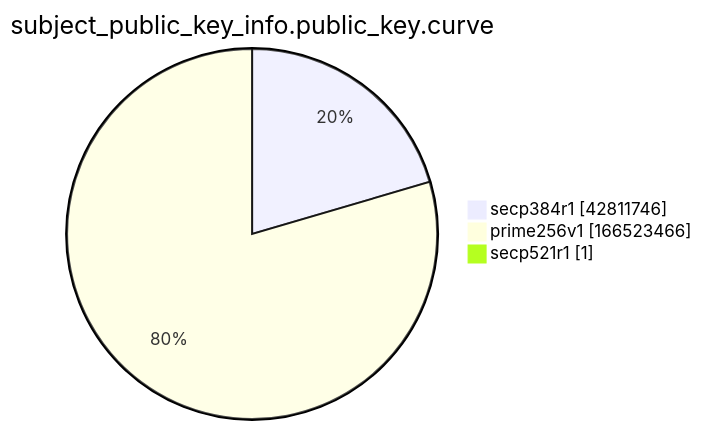
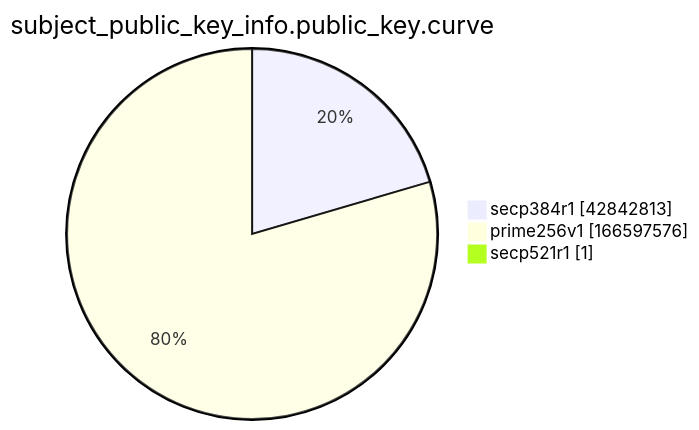
One commit to christiankrug/ctmonitor_visualization changed the ninth of 15 diagrams in xenon2022/README.md. Above: the diagram before and after it, drawn with Mermaid. The commit also changed other lines of this file, not shown here.

````diff
--- a/xenon2022/README.md
+++ b/xenon2022/README.md
@@ -2869,7 +2869,7 @@
 ```mermaid
 pie showData
 title subject_public_key_info.public_key.curve
-"secp384r1" :42811746
-"prime256v1" :166523466
+"secp384r1" :42842813
+"prime256v1" :166597576
 "secp521r1" :1
 ```
````
